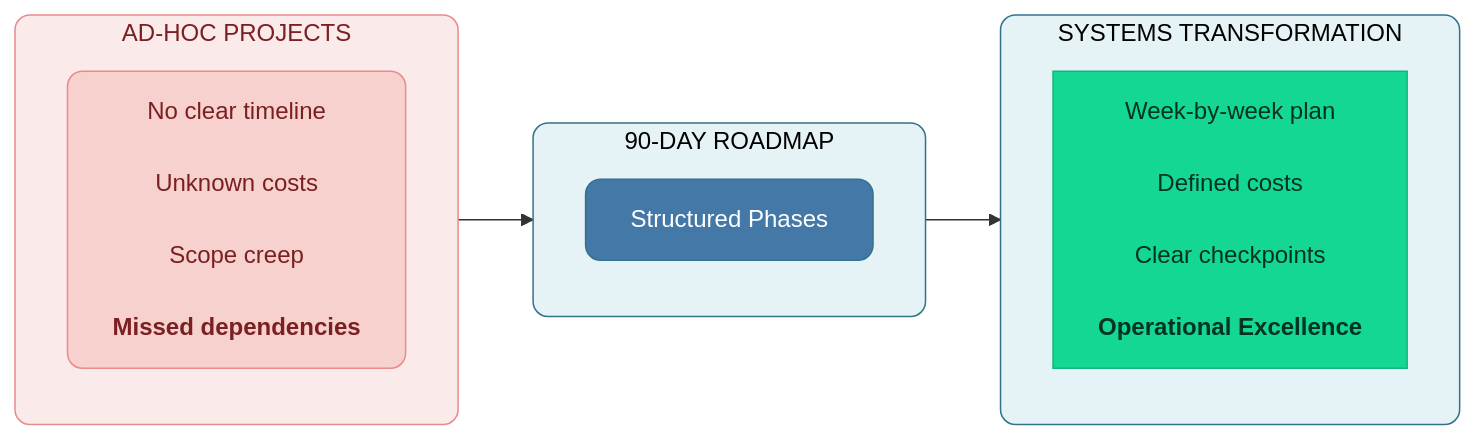
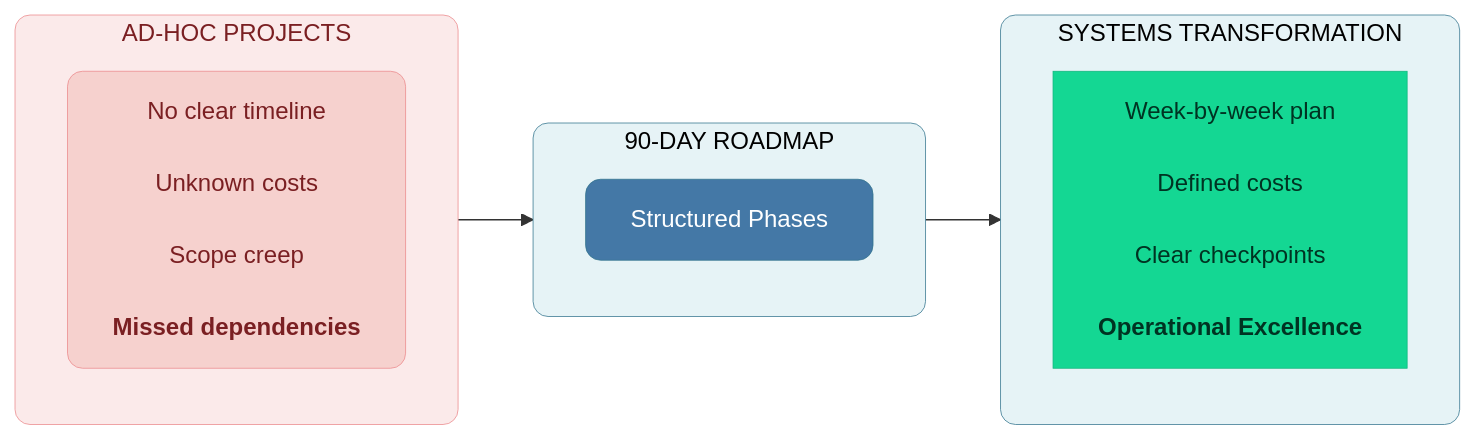
Before and after one commit to saitejesh-cyber/trust-before-intelligence-book: the first of 7 diagrams in manuscript/11_chapter_10_week_by_week_implementation.md, drawn with Mermaid. The commit also changed other lines of this file and 12 other files, not shown here.

Commit message:
Update stroke width to 0.5px instead of 1px to all the diagrams

````diff
--- a/manuscript/11_chapter_10_week_by_week_implementation.md
+++ b/manuscript/11_chapter_10_week_by_week_implementation.md
@@ -9,28 +9,28 @@
 ```mermaid
 
 graph LR
     subgraph BEFORE["AD-HOC PROJECTS"]
         direction TB
         B1["No clear timeline<br/><br/>Unknown costs<br/><br/>Scope creep<br/><br/><b>Missed dependencies</b>"]
     end
     
     subgraph TRANSFORM["90-DAY ROADMAP"]
         direction TB
         T1["Structured Phases"]
     end
 
     subgraph AFTER["SYSTEMS TRANSFORMATION"]
         direction TB
         A1["Week-by-week plan<br/><br/>Defined costs<br/><br/>Clear checkpoints<br/><br/><b>Operational Excellence</b>"]
     end
     
     BEFORE --> TRANSFORM --> AFTER
     
-    style BEFORE fill:#FBEAEA,stroke:#EB898B,stroke-width:1px,color:#7A1F22,rx:10,ry:10
-    style B1 fill:#F6D1CE,stroke:#EB898B,stroke-width:1px,color:#7A1F22,rx:10,ry:10
-    style TRANSFORM fill:#E6F3F6,stroke:#32738C,stroke-width:1px,color:#000000,rx:10,ry:10
-    style T1 fill:#4478A6,stroke:#32738C,stroke-width:1px,color:#ffffff,rx:10,ry:10
-    style AFTER fill:#E6F3F6,stroke:#32738C,stroke-width:1px,color:#000000,rx:10,ry:10
-    style A1 fill:#14D793,stroke:#0FB67D,stroke-width:1px,color:#003322
+    style BEFORE fill:#FBEAEA,stroke:#EB898B,stroke-width:0.5px,color:#7A1F22,rx:10,ry:10
+    style B1 fill:#F6D1CE,stroke:#EB898B,stroke-width:0.5px,color:#7A1F22,rx:10,ry:10
+    style TRANSFORM fill:#E6F3F6,stroke:#32738C,stroke-width:0.5px,color:#000000,rx:10,ry:10
+    style T1 fill:#4478A6,stroke:#32738C,stroke-width:0.5px,color:#ffffff,rx:10,ry:10
+    style AFTER fill:#E6F3F6,stroke:#32738C,stroke-width:0.5px,color:#000000,rx:10,ry:10
+    style A1 fill:#14D793,stroke:#0FB67D,stroke-width:0.5px,color:#003322
 
 ```
````
